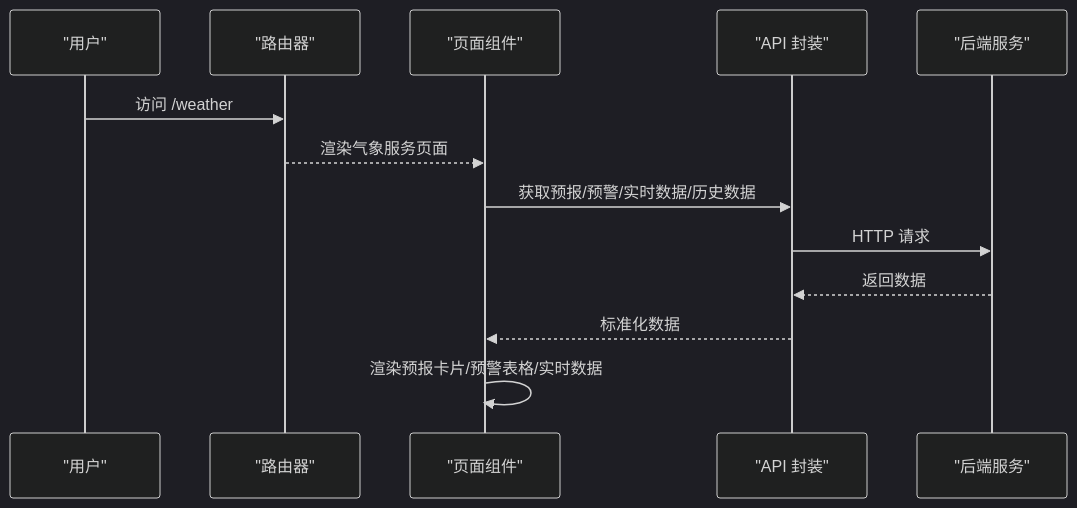
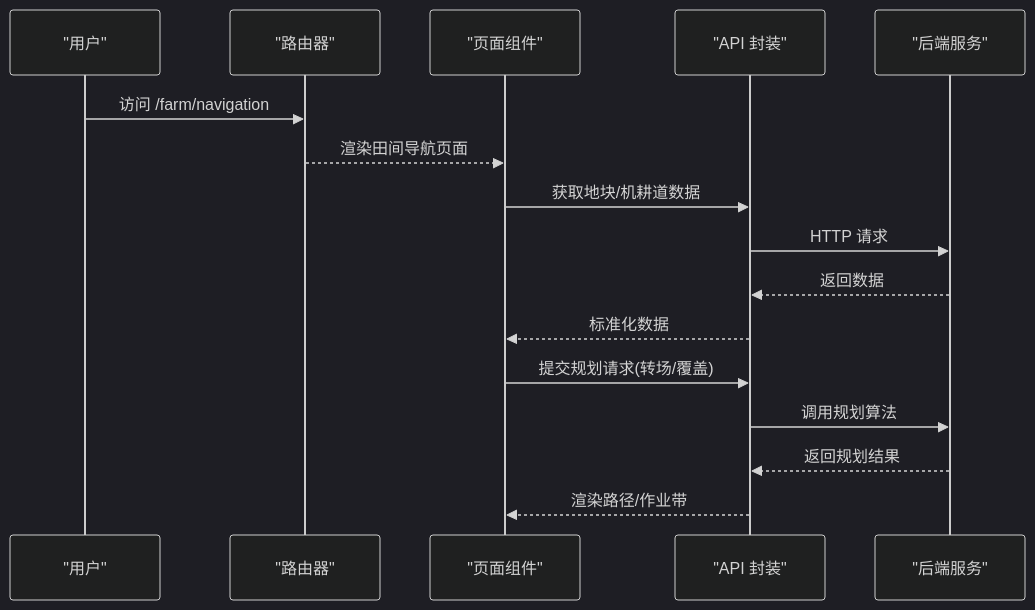
The second of 10 diagrams in .qoder/repowiki/zh/content/前端应用文档/核心页面/核心页面.md (q446328246/agri-platform), drawn with Mermaid (dark theme) before and after one commit. The commit also changed other lines of this file and 52 other files, not shown here.

````diff
--- a/.qoder/repowiki/zh/content/前端应用文档/核心页面/核心页面.md
+++ b/.qoder/repowiki/zh/content/前端应用文档/核心页面/核心页面.md
@@ -124,15 +130,18 @@
 ```mermaid
 sequenceDiagram
 participant U as "用户"
 participant R as "路由器"
 participant V as "页面组件"
 participant A as "API 封装"
 participant S as "后端服务"
-U->>R : 访问 /weather
-R-->>V : 渲染气象服务页面
-V->>A : 获取预报/预警/实时数据/历史数据
+U->>R : 访问 /farm/navigation
+R-->>V : 渲染田间导航页面
+V->>A : 获取地块/机耕道数据
 A->>S : HTTP 请求
 S-->>A : 返回数据
 A-->>V : 标准化数据
-V->>V : 渲染预报卡片/预警表格/实时数据
+V->>A : 提交规划请求(转场/覆盖)
+A->>S : 调用规划算法
+S-->>A : 返回规划结果
+A-->>V : 渲染路径/作业带
 ```
````
